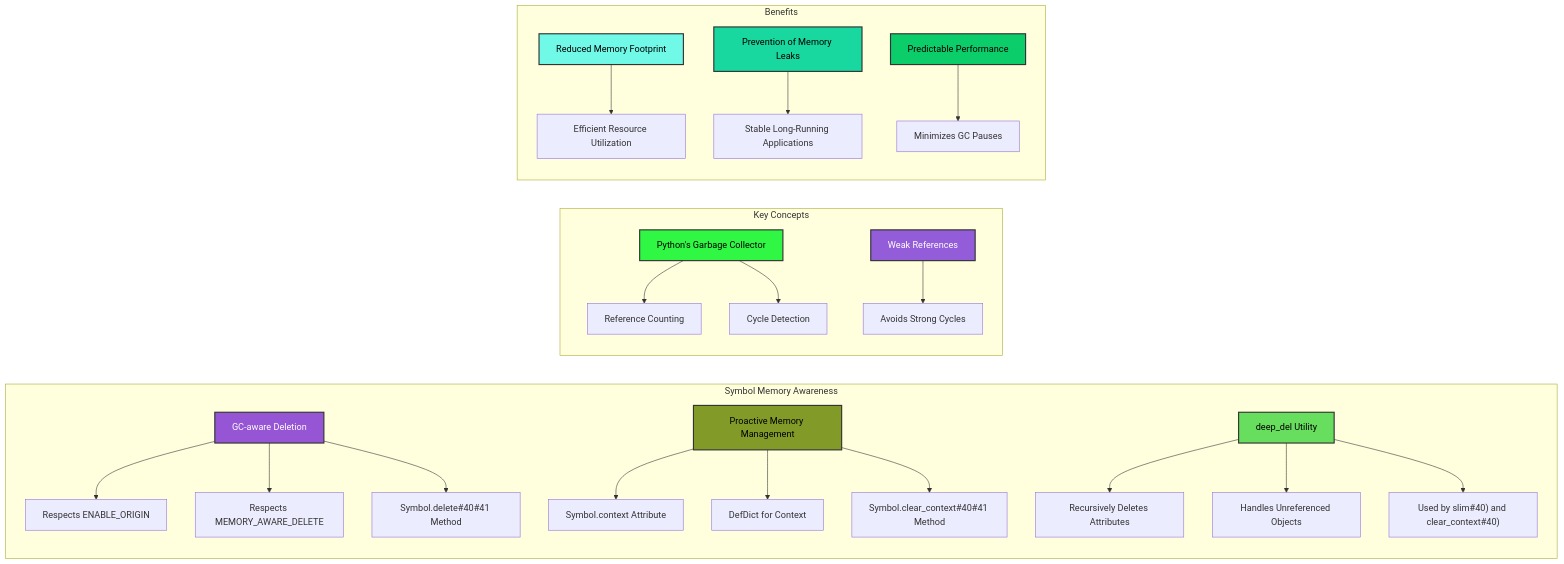
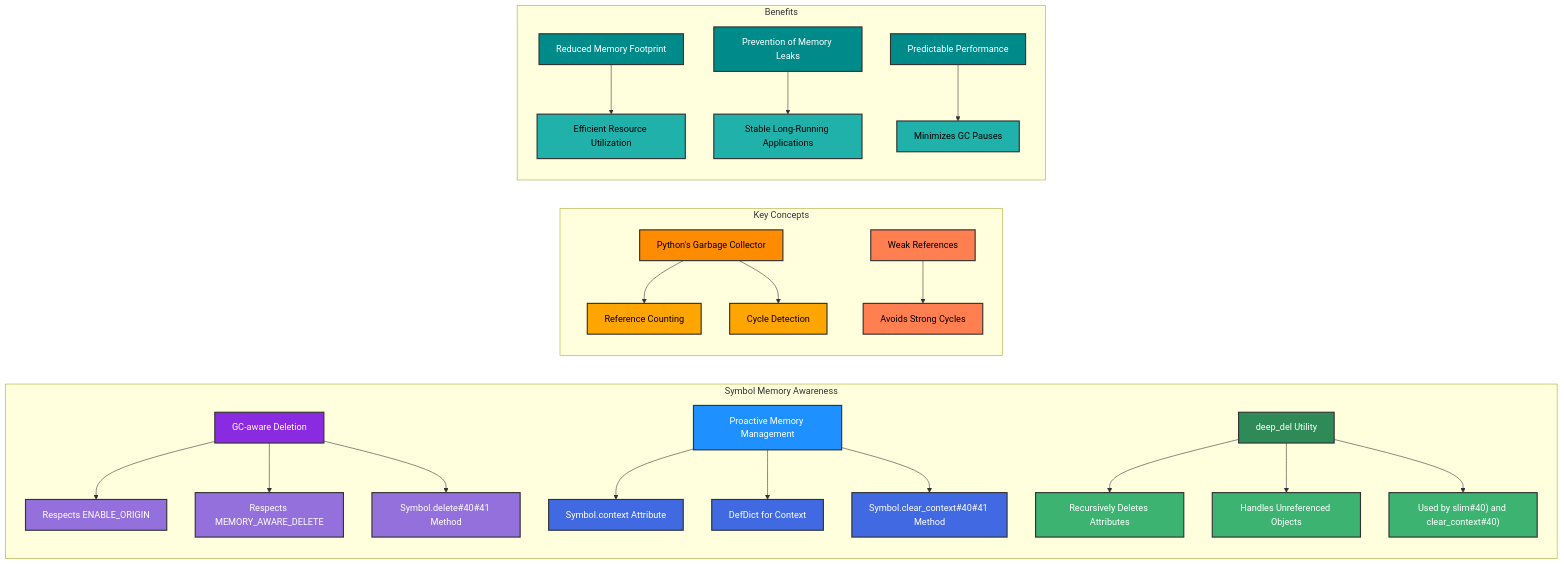
Before and after one commit to ikko/sym: the diagram in docs/readme_details/10_memory_awareness/memory_awareness_overview.mmd, drawn with Mermaid. The commit also changed 13 other files, not shown here.

```diff
--- a/docs/readme_details/10_memory_awareness/memory_awareness_overview.mmd
+++ b/docs/readme_details/10_memory_awareness/memory_awareness_overview.mmd
@@ -1,36 +1,59 @@
 graph LR
     subgraph "Symbol Memory Awareness"
         A[GC-aware Deletion] --> B[Respects ENABLE_ORIGIN];
         A --> C[Respects MEMORY_AWARE_DELETE];
         A --> D[Symbol.delete#40#41 Method];
 
         E[Proactive Memory Management] --> F[Symbol.context Attribute];
         E --> G[DefDict for Context];
         E --> H[Symbol.clear_context#40#41 Method];
 
         I[deep_del Utility] --> J[Recursively Deletes Attributes];
         I --> K[Handles Unreferenced Objects];
         I --> L[Used by slim#40#41; and clear_context#40#41;];
     end
 
     subgraph "Key Concepts"
         M[Python's Garbage Collector] --> N[Reference Counting];
         M --> O[Cycle Detection];
         P[Weak References] --> Q[Avoids Strong Cycles];
     end
 
     subgraph "Benefits"
         R[Reduced Memory Footprint] --> S[Efficient Resource Utilization];
         T[Prevention of Memory Leaks] --> U[Stable Long-Running Applications];
         V[Predictable Performance] --> W[Minimizes GC Pauses];
     end
-    style V fill:#0bcd6a,stroke:#333,stroke-width:2px,color:#000000;
 
-    style A fill:#9655d4,stroke:#333,stroke-width:2px,color:#FFFFFF;
-    style E fill:#829b28,stroke:#333,stroke-width:2px,color:#000000;
-    style I fill:#67de5d,stroke:#333,stroke-width:2px,color:#000000;
-    style M fill:#2ff744,stroke:#333,stroke-width:2px,color:#000000;
-    style P fill:#935cd8,stroke:#333,stroke-width:2px,color:#FFFFFF;
-    style R fill:#70f9e7,stroke:#333,stroke-width:2px,color:#000000;
-    style T fill:#18d79f,stroke:#333,stroke-width:2px,color:#000000;
-    style V fill:#0bcd6a,stroke:#333,stroke-width:2px,color:#000000;
+    %% Core deletion functionality - purple theme
+    style A fill:#8A2BE2,stroke:#333,stroke-width:2px,color:#FFFFFF;
+    style B fill:#9370DB,stroke:#333,stroke-width:2px,color:#FFFFFF;
+    style C fill:#9370DB,stroke:#333,stroke-width:2px,color:#FFFFFF;
+    style D fill:#9370DB,stroke:#333,stroke-width:2px,color:#FFFFFF;
+
+    %% Proactive management - blue theme
+    style E fill:#1E90FF,stroke:#333,stroke-width:2px,color:#FFFFFF;
+    style F fill:#4169E1,stroke:#333,stroke-width:2px,color:#FFFFFF;
+    style G fill:#4169E1,stroke:#333,stroke-width:2px,color:#FFFFFF;
+    style H fill:#4169E1,stroke:#333,stroke-width:2px,color:#FFFFFF;
+
+    %% Utility functions - green theme
+    style I fill:#2E8B57,stroke:#333,stroke-width:2px,color:#FFFFFF;
+    style J fill:#3CB371,stroke:#333,stroke-width:2px,color:#FFFFFF;
+    style K fill:#3CB371,stroke:#333,stroke-width:2px,color:#FFFFFF;
+    style L fill:#3CB371,stroke:#333,stroke-width:2px,color:#FFFFFF;
+
+    %% Python concepts - orange theme
+    style M fill:#FF8C00,stroke:#333,stroke-width:2px,color:#000000;
+    style N fill:#FFA500,stroke:#333,stroke-width:2px,color:#000000;
+    style O fill:#FFA500,stroke:#333,stroke-width:2px,color:#000000;
+    style P fill:#FF7F50,stroke:#333,stroke-width:2px,color:#000000;
+    style Q fill:#FF7F50,stroke:#333,stroke-width:2px,color:#000000;
+
+    %% Benefits - teal theme
+    style R fill:#008B8B,stroke:#333,stroke-width:2px,color:#FFFFFF;
+    style S fill:#20B2AA,stroke:#333,stroke-width:2px,color:#000000;
+    style T fill:#008B8B,stroke:#333,stroke-width:2px,color:#FFFFFF;
+    style U fill:#20B2AA,stroke:#333,stroke-width:2px,color:#000000;
+    style V fill:#008B8B,stroke:#333,stroke-width:2px,color:#FFFFFF;
+    style W fill:#20B2AA,stroke:#333,stroke-width:2px,color:#000000;
```
